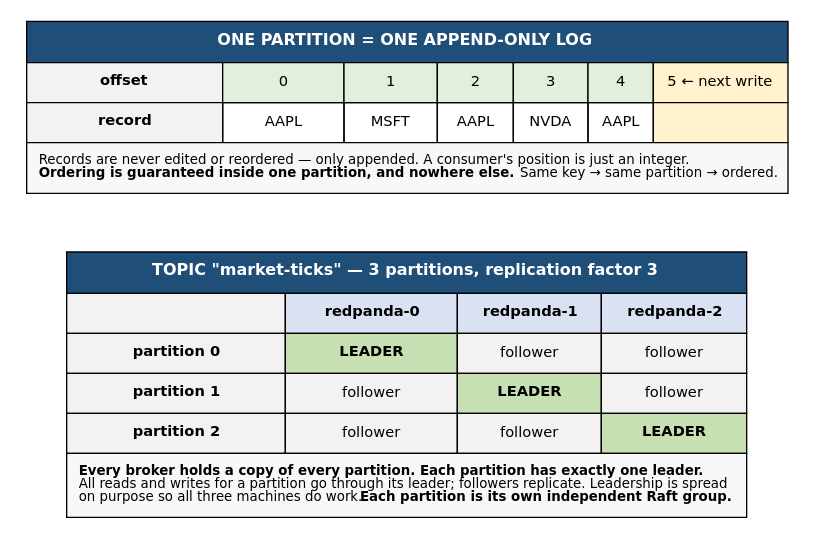
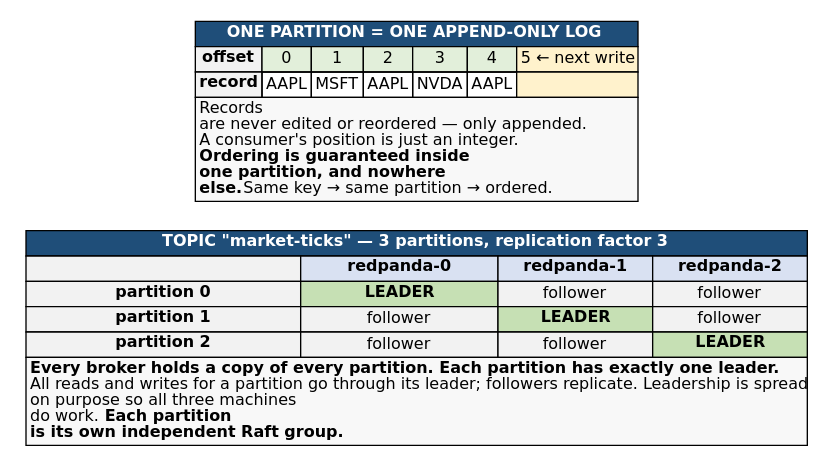
The diagram in education/diagrams/ch03_fig1_partitions.dot (fiberoptix/home-lab-setup), drawn with Graphviz before and after one commit. The commit also changed 85 other files, not shown here.

```diff
--- a/education/diagrams/ch03_fig1_partitions.dot
+++ b/education/diagrams/ch03_fig1_partitions.dot
@@ -1,59 +1,61 @@
 // Chapter 3, Figure 1 — A topic is partitions; a partition is a replicated log
 // Render: dot -Tpng -Gdpi=150 ch03_fig1_partitions.dot -o ../images/ch03_fig1_partitions.png
 digraph partitions {
+  ranksep=0.2;
+  nodesep=0.12;
   rankdir=TB;
   bgcolor="white";
   fontname="DejaVu Sans";
-  node [fontname="DejaVu Sans", fontsize=11];
+  node [fontname="DejaVu Sans", fontsize=12];
 
   log [shape=plaintext, label=<
-    <TABLE BORDER="0" CELLBORDER="1" CELLSPACING="0" CELLPADDING="8">
+    <TABLE BORDER="0" CELLBORDER="1" CELLSPACING="0" CELLPADDING="2">
       <TR><TD COLSPAN="7" BGCOLOR="#1f4e79"><FONT COLOR="white" POINT-SIZE="12"><B>ONE PARTITION = ONE APPEND-ONLY LOG</B></FONT></TD></TR>
       <TR>
         <TD BGCOLOR="#f2f2f2"><B>offset</B></TD>
         <TD BGCOLOR="#e2efda">0</TD><TD BGCOLOR="#e2efda">1</TD><TD BGCOLOR="#e2efda">2</TD>
         <TD BGCOLOR="#e2efda">3</TD><TD BGCOLOR="#e2efda">4</TD>
         <TD BGCOLOR="#fff2cc">5 ← next write</TD>
       </TR>
       <TR>
         <TD BGCOLOR="#f2f2f2"><B>record</B></TD>
         <TD>AAPL</TD><TD>MSFT</TD><TD>AAPL</TD><TD>NVDA</TD><TD>AAPL</TD>
         <TD BGCOLOR="#fff2cc"> </TD>
       </TR>
-      <TR><TD COLSPAN="7" ALIGN="LEFT" BALIGN="LEFT" BGCOLOR="#f8f8f8"><FONT POINT-SIZE="10">Records are never edited or reordered — only appended. A consumer's position is just an integer.<BR/><B>Ordering is guaranteed inside one partition, and nowhere else.</B> Same key → same partition → ordered.</FONT></TD></TR>
+      <TR><TD COLSPAN="7" ALIGN="LEFT" BALIGN="LEFT" BGCOLOR="#f8f8f8"><FONT POINT-SIZE="12">Records<BR/>are never edited or reordered — only appended.<BR/>A consumer's position is just an integer.<BR/><B>Ordering is guaranteed inside<BR/>one partition, and nowhere<BR/>else.</B> Same key → same partition → ordered.</FONT></TD></TR>
     </TABLE>
   >];
 
   layout [shape=plaintext, label=<
-    <TABLE BORDER="0" CELLBORDER="1" CELLSPACING="0" CELLPADDING="8">
+    <TABLE BORDER="0" CELLBORDER="1" CELLSPACING="0" CELLPADDING="2">
       <TR><TD COLSPAN="4" BGCOLOR="#1f4e79"><FONT COLOR="white" POINT-SIZE="12"><B>TOPIC "market-ticks" — 3 partitions, replication factor 3</B></FONT></TD></TR>
       <TR>
         <TD BGCOLOR="#f2f2f2"> </TD>
         <TD BGCOLOR="#d9e1f2"><B>redpanda-0</B></TD>
         <TD BGCOLOR="#d9e1f2"><B>redpanda-1</B></TD>
         <TD BGCOLOR="#d9e1f2"><B>redpanda-2</B></TD>
       </TR>
       <TR>
         <TD BGCOLOR="#f2f2f2"><B>partition 0</B></TD>
         <TD BGCOLOR="#c6e0b4"><B>LEADER</B></TD>
         <TD BGCOLOR="#f2f2f2">follower</TD>
         <TD BGCOLOR="#f2f2f2">follower</TD>
       </TR>
       <TR>
         <TD BGCOLOR="#f2f2f2"><B>partition 1</B></TD>
         <TD BGCOLOR="#f2f2f2">follower</TD>
         <TD BGCOLOR="#c6e0b4"><B>LEADER</B></TD>
         <TD BGCOLOR="#f2f2f2">follower</TD>
       </TR>
       <TR>
         <TD BGCOLOR="#f2f2f2"><B>partition 2</B></TD>
         <TD BGCOLOR="#f2f2f2">follower</TD>
         <TD BGCOLOR="#f2f2f2">follower</TD>
         <TD BGCOLOR="#c6e0b4"><B>LEADER</B></TD>
       </TR>
-      <TR><TD COLSPAN="4" ALIGN="LEFT" BALIGN="LEFT" BGCOLOR="#f8f8f8"><FONT POINT-SIZE="10"><B>Every broker holds a copy of every partition. Each partition has exactly one leader.</B><BR/>All reads and writes for a partition go through its leader; followers replicate. Leadership is spread<BR/>on purpose so all three machines do work. <B>Each partition is its own independent Raft group.</B></FONT></TD></TR>
+      <TR><TD COLSPAN="4" ALIGN="LEFT" BALIGN="LEFT" BGCOLOR="#f8f8f8"><FONT POINT-SIZE="12"><B>Every broker holds a copy of every partition. Each partition has exactly one leader.</B><BR/>All reads and writes for a partition go through its leader; followers replicate. Leadership is spread<BR/>on purpose so all three machines<BR/>do work. <B>Each partition<BR/>is its own independent Raft group.</B></FONT></TD></TR>
     </TABLE>
   >];
 
   log -> layout [style=invis];
 }
```
